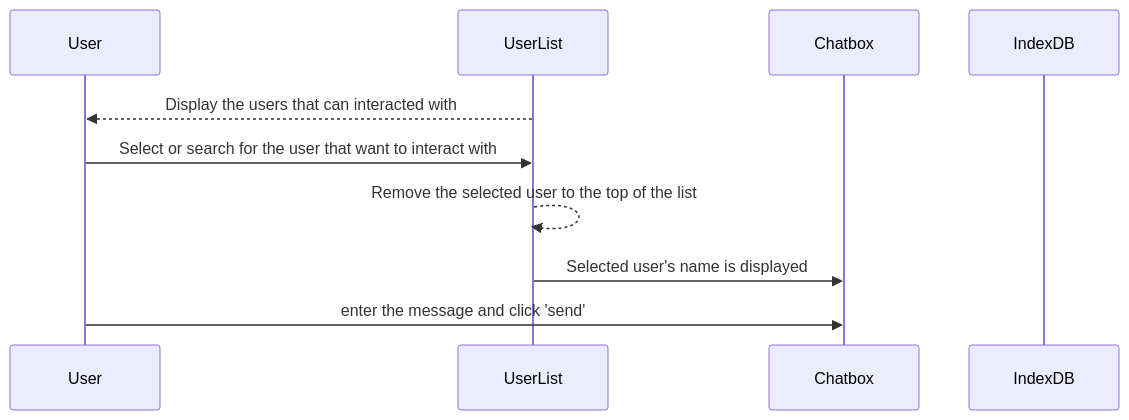
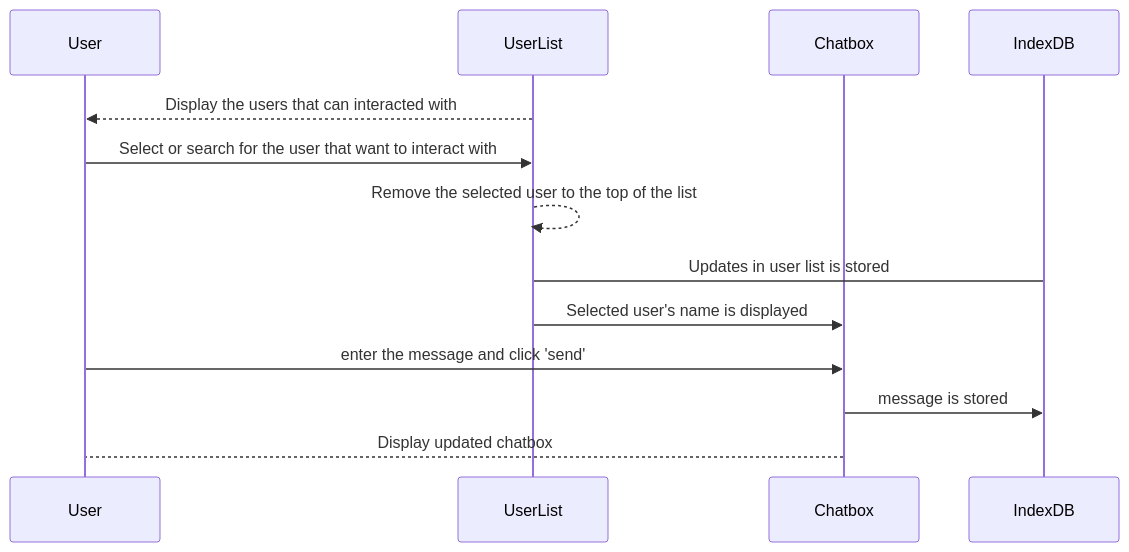
The diagram in team/m3/sammie-yu/feature-sequence-diagram.md (ginpks/TRANSPORTATION), drawn with Mermaid before and after one commit.

````diff
--- a/team/m3/sammie-yu/feature-sequence-diagram.md
+++ b/team/m3/sammie-yu/feature-sequence-diagram.md
@@ -1,13 +1,17 @@
 ```mermaid
 sequenceDiagram
     participant User
     participant UserList
     participant Chatbox
     participant IndexDB
 
     UserList -->> User: Display the users that can interacted with 
     User ->> UserList: Select or search for the user that want to interact with
     UserList -->> UserList: Remove the selected user to the top of the list
+    UserList -> IndexDB: Updates in user list is stored
     UserList ->> Chatbox: Selected user's name is displayed
     User ->> Chatbox: enter the message and click 'send'
+    Chatbox ->> IndexDB: message is stored
+    Chatbox --> User: Display updated chatbox
+    
 ```
````
